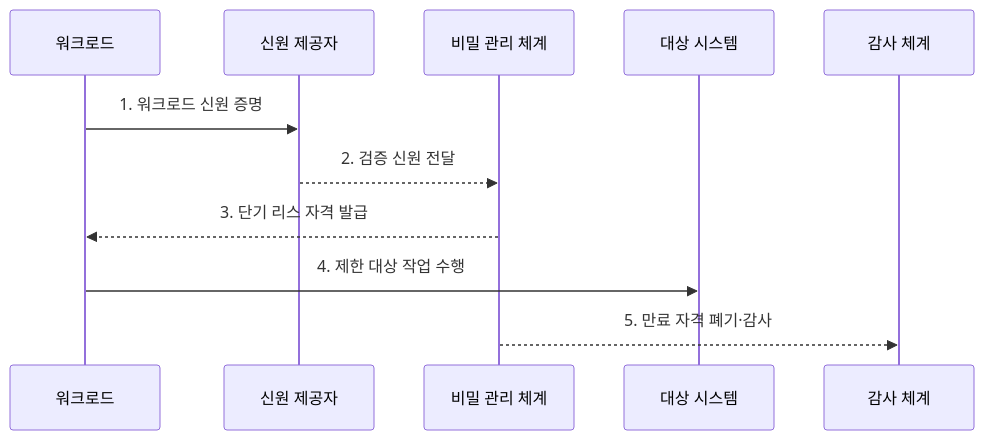
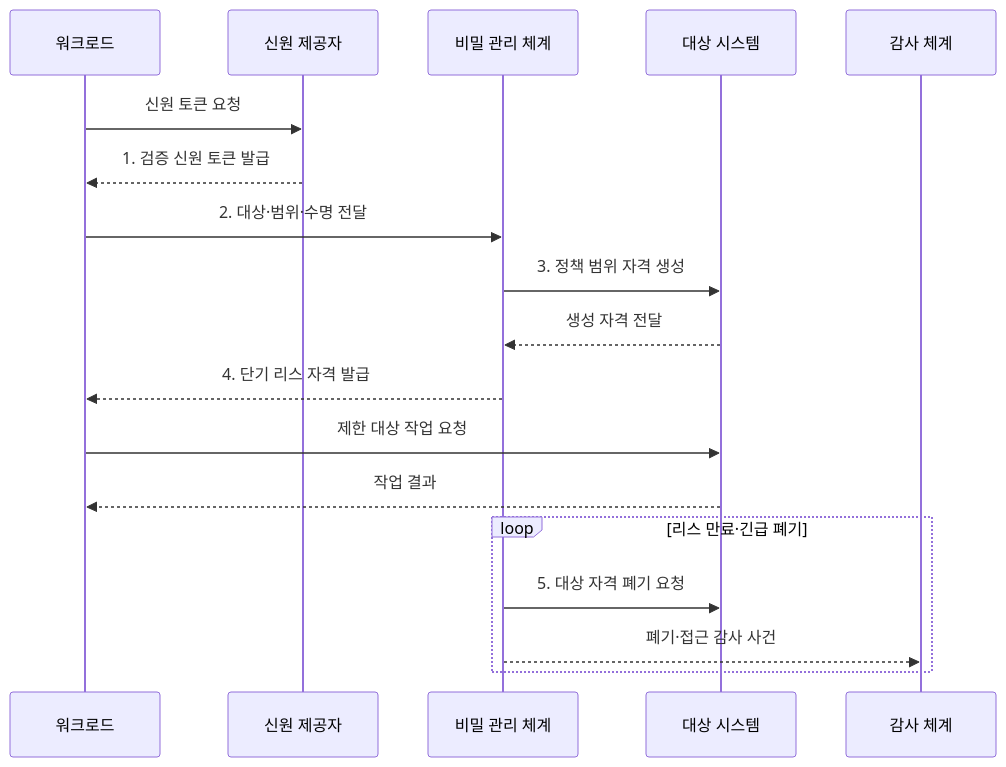
Before and after one commit to agnusdei1207/knowledge-base: the second of 2 diagrams in src/content/docs/notes/05-security/077_secrets_management_vault_aws_secrets.md, drawn with Mermaid. The commit also changed other lines of this file and 20 other files, not shown here.

````diff
--- a/src/content/docs/notes/05-security/077_secrets_management_vault_aws_secrets.md
+++ b/src/content/docs/notes/05-security/077_secrets_management_vault_aws_secrets.md
@@ -89,13 +89,20 @@
 ```mermaid
 sequenceDiagram
     participant W as 워크로드
     participant I as 신원 제공자
     participant S as 비밀 관리 체계
     participant T as 대상 시스템
     participant A as 감사 체계
-    W->>I: 1. 워크로드 신원 증명
-    I-->>S: 2. 검증 신원 전달
-    S-->>W: 3. 단기 리스 자격 발급
-    W->>T: 4. 제한 대상 작업 수행
-    S-->>A: 5. 만료 자격 폐기·감사
+    W->>I: 신원 토큰 요청
+    I-->>W: 1. 검증 신원 토큰 발급
+    W->>S: 2. 대상·범위·수명 전달
+    S->>T: 3. 정책 범위 자격 생성
+    T-->>S: 생성 자격 전달
+    S-->>W: 4. 단기 리스 자격 발급
+    W->>T: 제한 대상 작업 요청
+    T-->>W: 작업 결과
+    loop 리스 만료·긴급 폐기
+        S->>T: 5. 대상 자격 폐기 요청
+        S-->>A: 폐기·접근 감사 사건
+    end
 ```
````
